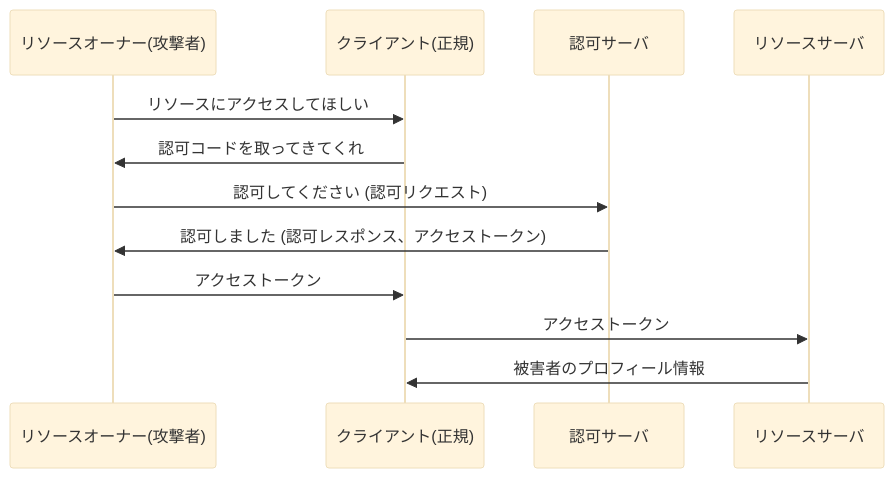
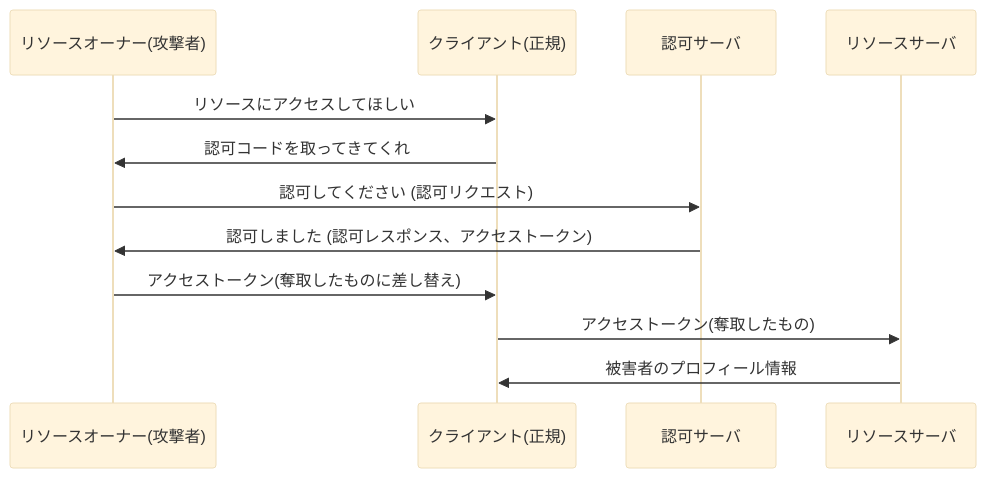
Before and after one commit to calloc134/zenn-dir: diagram 20 of 20 in articles/5e8da6c491e720.md, drawn with Mermaid (base theme).

Commit message:
補足

````diff
--- a/articles/5e8da6c491e720.md
+++ b/articles/5e8da6c491e720.md
@@ -1491,15 +1491,15 @@
 ```mermaid
 sequenceDiagram
     participant リソースオーナー(攻撃者)
     participant クライアント(正規)
     participant 認可サーバ
     participant リソースサーバ
 
     リソースオーナー(攻撃者)->> クライアント(正規): リソースにアクセスしてほしい
     クライアント(正規)->> リソースオーナー(攻撃者): 認可コードを取ってきてくれ
     リソースオーナー(攻撃者)->> 認可サーバ: 認可してください (認可リクエスト)
     認可サーバ->> リソースオーナー(攻撃者): 認可しました (認可レスポンス、アクセストークン)
-    リソースオーナー(攻撃者)->> クライアント(正規): アクセストークン
-    クライアント(正規)->> リソースサーバ: アクセストークン
+    リソースオーナー(攻撃者)->> クライアント(正規): アクセストークン(奪取したものに差し替え)
+    クライアント(正規)->> リソースサーバ: アクセストークン(奪取したもの)
     リソースサーバ->> クライアント(正規): 被害者のプロフィール情報
 ```
````
